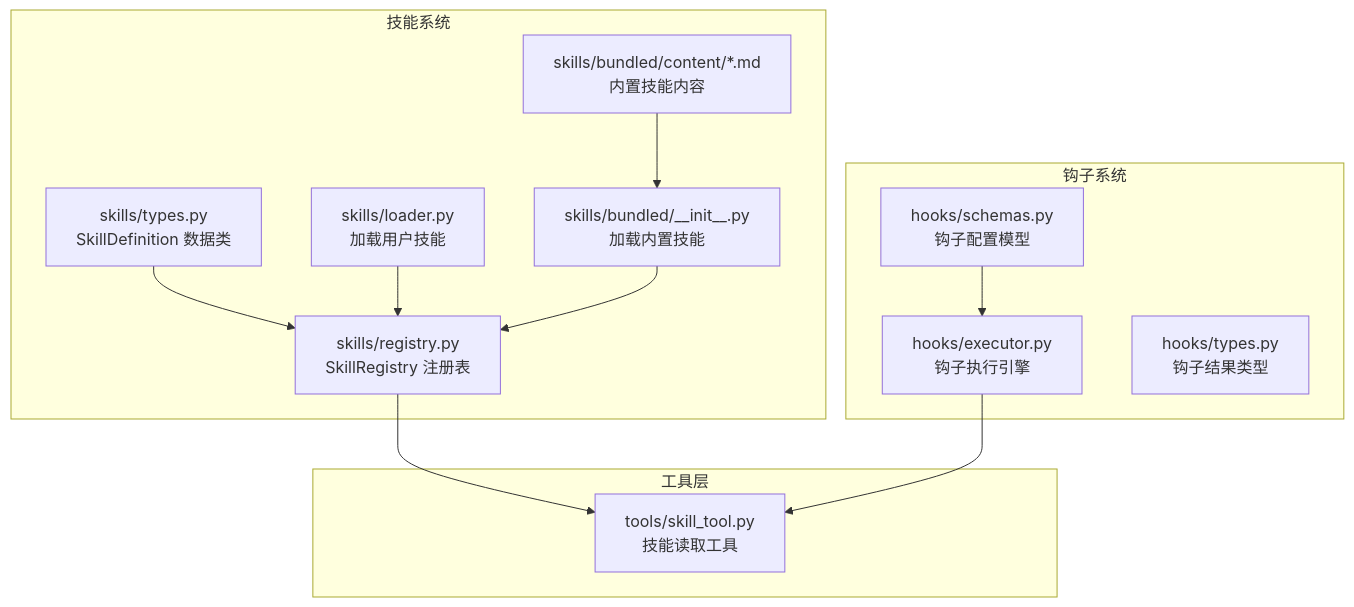
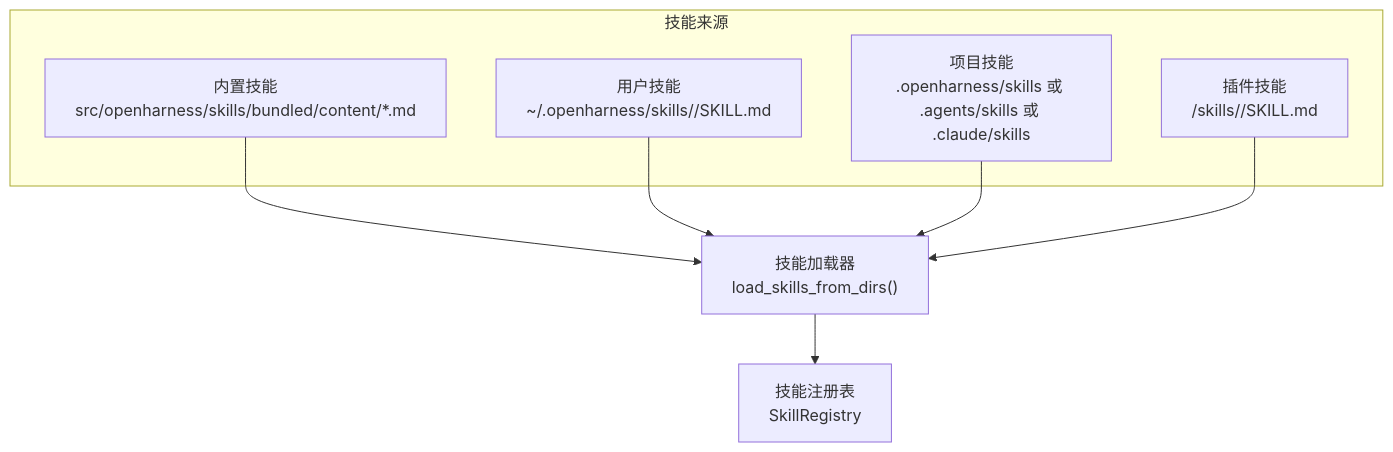
One commit to haolange/OpenHarness changed the first of 5 diagrams in .qoder/repowiki/zh/content/技能系统/技能开发指南.md. Above: the diagram before and after it, drawn with Mermaid. The commit also changed other lines of this file and 222 other files, not shown here.

````diff
--- a/.qoder/repowiki/zh/content/技能系统/技能开发指南.md
+++ b/.qoder/repowiki/zh/content/技能系统/技能开发指南.md
@@ -48,25 +53,14 @@
 ```mermaid
 graph TB
-subgraph "技能系统"
-A["skills/types.py<br/>SkillDefinition 数据类"]
-B["skills/registry.py<br/>SkillRegistry 注册表"]
-C["skills/loader.py<br/>加载用户技能"]
-D["skills/bundled/__init__.py<br/>加载内置技能"]
-E["skills/bundled/content/*.md<br/>内置技能内容"]
+subgraph "技能来源"
+B["内置技能<br/>src/openharness/skills/bundled/content/*.md"]
+U["用户技能<br/>~/.openharness/skills/<skill-dir>/SKILL.md"]
+P["项目技能<br/>.openharness/skills 或 .agents/skills 或 .claude/skills"]
+PL["插件技能<br/><plugin-root>/skills/<skill-dir>/SKILL.md"]
 end
-subgraph "工具层"
-F["tools/skill_tool.py<br/>技能读取工具"]
-end
-subgraph "钩子系统"
-G["hooks/schemas.py<br/>钩子配置模型"]
-H["hooks/executor.py<br/>钩子执行引擎"]
-I["hooks/types.py<br/>钩子结果类型"]
-end
-A --> B
-C --> B
-D --> B
-B --> F
-G --> H
-H --> F
-E --> D
+L["技能加载器<br/>load_skills_from_dirs()"] --> R["技能注册表<br/>SkillRegistry"]
+B --> L
+U --> L
+P --> L
+PL --> L
 ```
````
